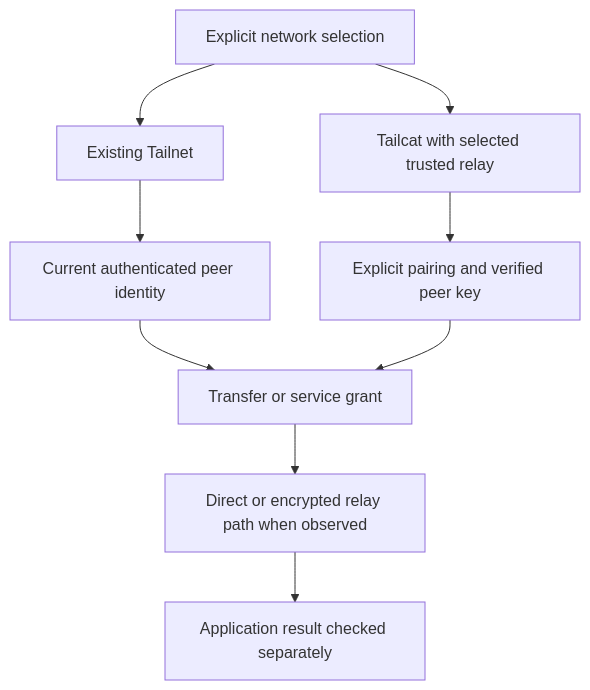
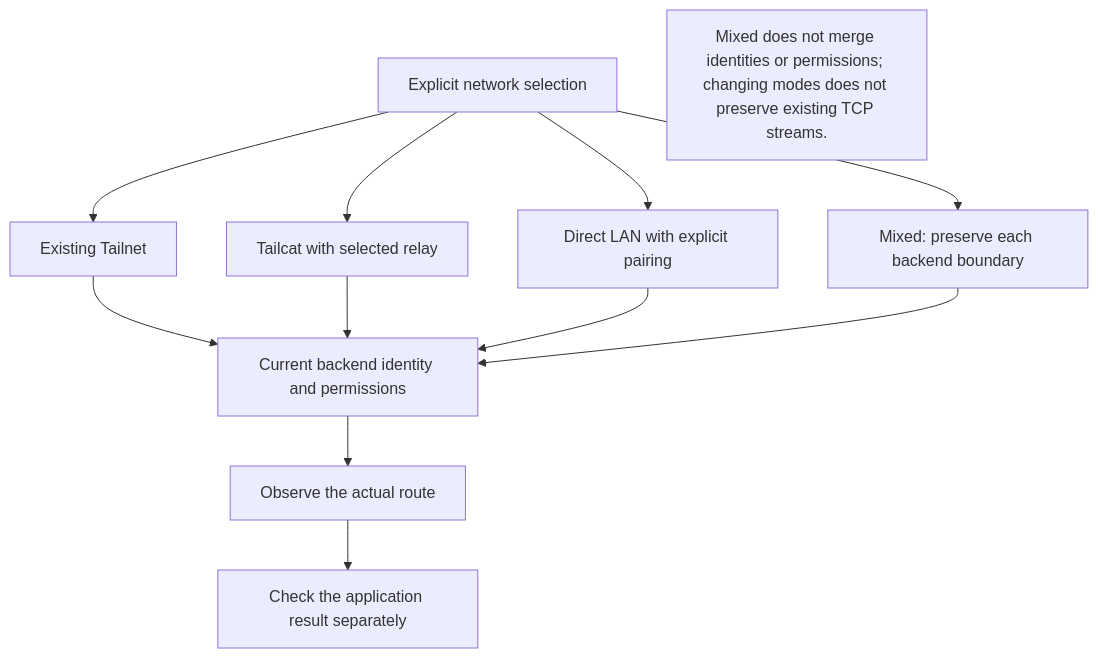
Before and after one commit to webkaz-labs/sobalink: the second of 4 diagrams in docs/ARCHITECTURE.md, drawn with Mermaid. The commit also changed other lines of this file and 238 other files, not shown here.

First line of the commit message:
docs: explain workflows with distinct diagrams and real screen examples (#60)

````diff
--- a/docs/ARCHITECTURE.md
+++ b/docs/ARCHITECTURE.md
@@ -60,11 +63,17 @@
 ```mermaid
 flowchart TD
-    A["Explicit network selection"] --> B["Existing Tailnet"]
-    A --> C["Tailcat with selected trusted relay"]
-    B --> D["Current authenticated peer identity"]
-    C --> E["Explicit pairing and verified peer key"]
-    D --> F["Transfer or service grant"]
-    E --> F
-    F --> G["Direct or encrypted relay path when observed"]
-    G --> H["Application result checked separately"]
+ accTitle: Network choice, observed route and application result
+ accDescr: Mixed does not merge identities or permissions; changing modes does not preserve existing TCP streams.
+ A["Explicit network selection"] --> B["Existing Tailnet"]
+ A --> C["Tailcat with selected relay"]
+ A --> D["Direct LAN with explicit pairing"]
+ A --> M["Mixed: preserve each backend boundary"]
+ B --> I["Current backend identity and permissions"]
+ C --> I
+ D --> I
+ M --> I
+ I --> P["Observe the actual route"]
+ P --> R["Check the application result separately"]
+
+ LIMIT["Mixed does not merge identities or permissions; changing modes does not preserve existing TCP streams."]
 ```
````
